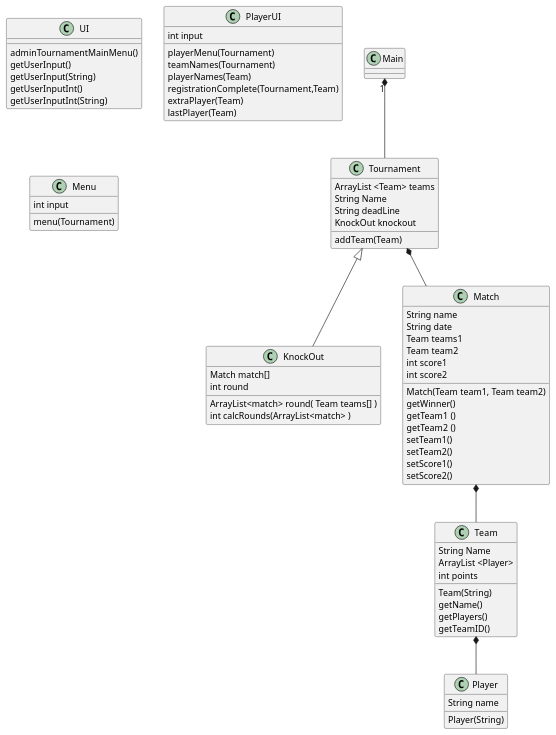
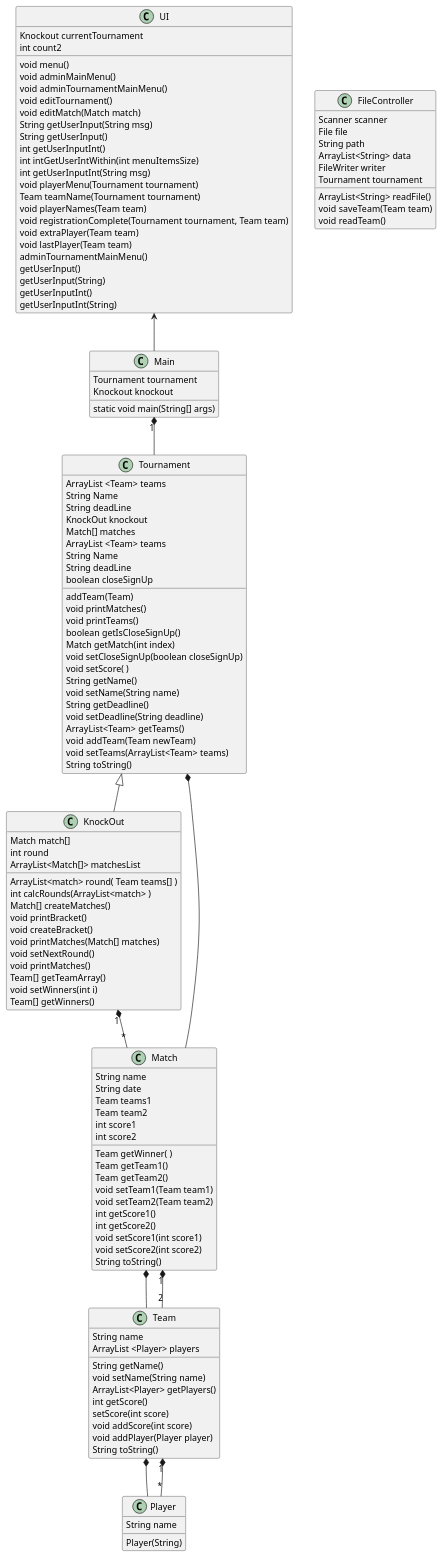
One commit to krisdanoda/Sp3-bordfodboldturnering changed the diagram in PlantUML/ClassDiagram.puml. Above: the diagram before and after it, drawn with PlantUML.

Commit message:
Klassediagram up to date

```diff
--- a/PlantUML/ClassDiagram.puml
+++ b/PlantUML/ClassDiagram.puml
@@ -1,89 +1,151 @@
 @startuml
 'https://plantuml.com/class-diagram
-
 
 
 class Tournament
 'class Foosball
 'class GroupTournament
 class KnockOut
 class Player
 class Match
 class Team
 class UI
-class PlayerUI
-class Menu
 
 
 
 Main "1" *-- Tournament
 Tournament <|-- KnockOut
 
 'Tournament <-- Foosball
 'Foosball <|-- KnockOut
 'Foosball <|-- GroupTournament
 
 Tournament *-- Match
 'GroupTournament *-- Match
 
 Match *-- Team
 Team *-- Player
 
 Tournament : ArrayList <Team> teams
 Tournament : String Name
 Tournament : String deadLine
 Tournament : KnockOut knockout
 Tournament : addTeam(Team)
 
 KnockOut : Match match[]
 KnockOut : ArrayList<match> round( Team teams[] )
 KnockOut : int round
 KnockOut : int calcRounds(ArrayList<match> )
 
+KnockOut "1" *-- "*" Match
+'GroupTournament *-- Match
+
+UI <-- Main
+
+Match "1" *-- "2" Team
+Team "1" *-- "*" Player
+
+UI : Knockout currentTournament
+UI : int count2
+UI : void menu()
+UI : void adminMainMenu()
+UI : void adminTournamentMainMenu()
+UI : void editTournament()
+UI : void editMatch(Match match)
+UI : String getUserInput(String msg)
+UI : String getUserInput()
+UI : int getUserInputInt()
+UI : int intGetUserIntWithin(int menuItemsSize)
+UI : int getUserInputInt(String msg)
+UI : void playerMenu(Tournament tournament)
+UI : Team teamName(Tournament tournament)
+UI : void playerNames(Team team)
+UI : void registrationComplete(Tournament tournament, Team team)
+UI : void extraPlayer(Team team)
+UI : void lastPlayer(Team team)
+
+FileController : Scanner scanner
+FileController : File file
+FileController : String path
+FileController : ArrayList<String> data
+FileController : FileWriter writer
+FileController : Tournament tournament
+FileController : ArrayList<String> readFile()
+FileController : void saveTeam(Team team)
+FileController : void readTeam()
+
+Main : Tournament tournament
+Main : Knockout knockout
+Main : static void main(String[] args)
+
+Tournament : Match[] matches
+Tournament : ArrayList <Team> teams
+Tournament : String Name
+Tournament : String deadLine
+Tournament : boolean closeSignUp
+Tournament : void printMatches()
+Tournament : void printTeams()
+Tournament : boolean getIsCloseSignUp()
+Tournament : Match getMatch(int index)
+Tournament : void setCloseSignUp(boolean closeSignUp)
+Tournament : void setScore( )
+Tournament : String getName()
+Tournament : void setName(String name)
+Tournament : String getDeadline()
+Tournament : void setDeadline(String deadline)
+Tournament : ArrayList<Team> getTeams()
+Tournament : void addTeam(Team newTeam)
+Tournament : void setTeams(ArrayList<Team> teams)
+Tournament : String toString()
+
+KnockOut : ArrayList<Match[]> matchesList
+KnockOut : Match[] createMatches()
+KnockOut : void printBracket()
+KnockOut : void createBracket()
+KnockOut : void printMatches(Match[] matches)
+KnockOut : void setNextRound()
+KnockOut : void printMatches()
+KnockOut : Team[] getTeamArray()
+KnockOut : void setWinners(int i)
+KnockOut : Team[] getWinners()
 
 'Team array maybe?
 Match : String name
 Match : String date
 Match : Team teams1
 Match : Team team2
 Match : int score1
 Match : int score2
-Match : Match(Team team1, Team team2)
 
-Match : getWinner()
-Match : getTeam1 ()
-Match : getTeam2 ()
-Match : setTeam1()
-Match : setTeam2()
-Match : setScore1()
-Match : setScore2()
+Match : Team getWinner( )
+Match : Team getTeam1()
+Match : Team getTeam2()
+Match : void setTeam1(Team team1)
+Match : void setTeam2(Team team2)
+Match : int getScore1()
+Match : int getScore2()
+Match : void setScore1(int score1)
+Match : void setScore2(int score2)
+Match : String toString()
 
-Team : String Name
-Team : ArrayList <Player>
-Team : int points
-Team : Team(String)
-Team : getName()
-Team : getPlayers()
-Team : getTeamID()
+Team : String name
+Team : ArrayList <Player> players
+Team : String getName()
+Team : void setName(String name)
+Team : ArrayList<Player> getPlayers()
+Team : int getScore()
+Team : setScore(int score)
+Team : void addScore(int score)
+Team : void addPlayer(Player player)
+Team : String toString()
 
 Player : String name
 Player : Player(String)
 
 UI : adminTournamentMainMenu()
 UI : getUserInput()
 UI : getUserInput(String)
 UI : getUserInputInt()
 UI : getUserInputInt(String)
 
-Menu : int input
-Menu : menu(Tournament)
-
-PlayerUI : int input
-PlayerUI : playerMenu(Tournament)
-PlayerUI : teamNames(Tournament)
-PlayerUI : playerNames(Team)
-PlayerUI : registrationComplete(Tournament,Team)
-PlayerUI : extraPlayer(Team)
-PlayerUI : lastPlayer(Team)
-
 @enduml
```
